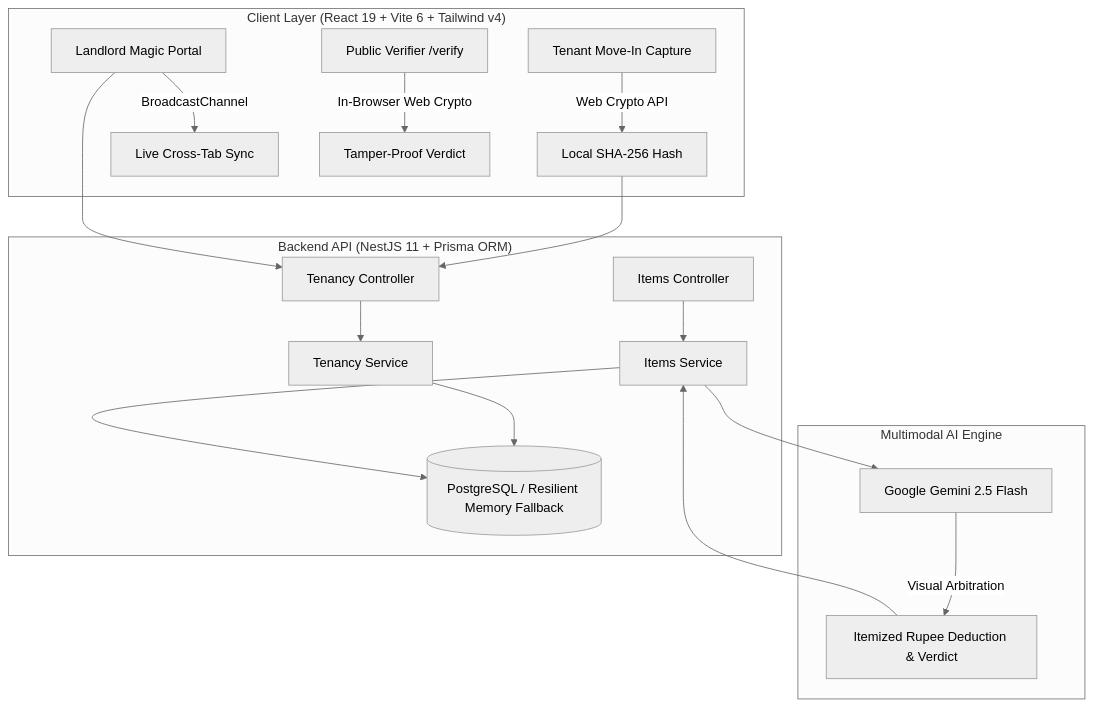
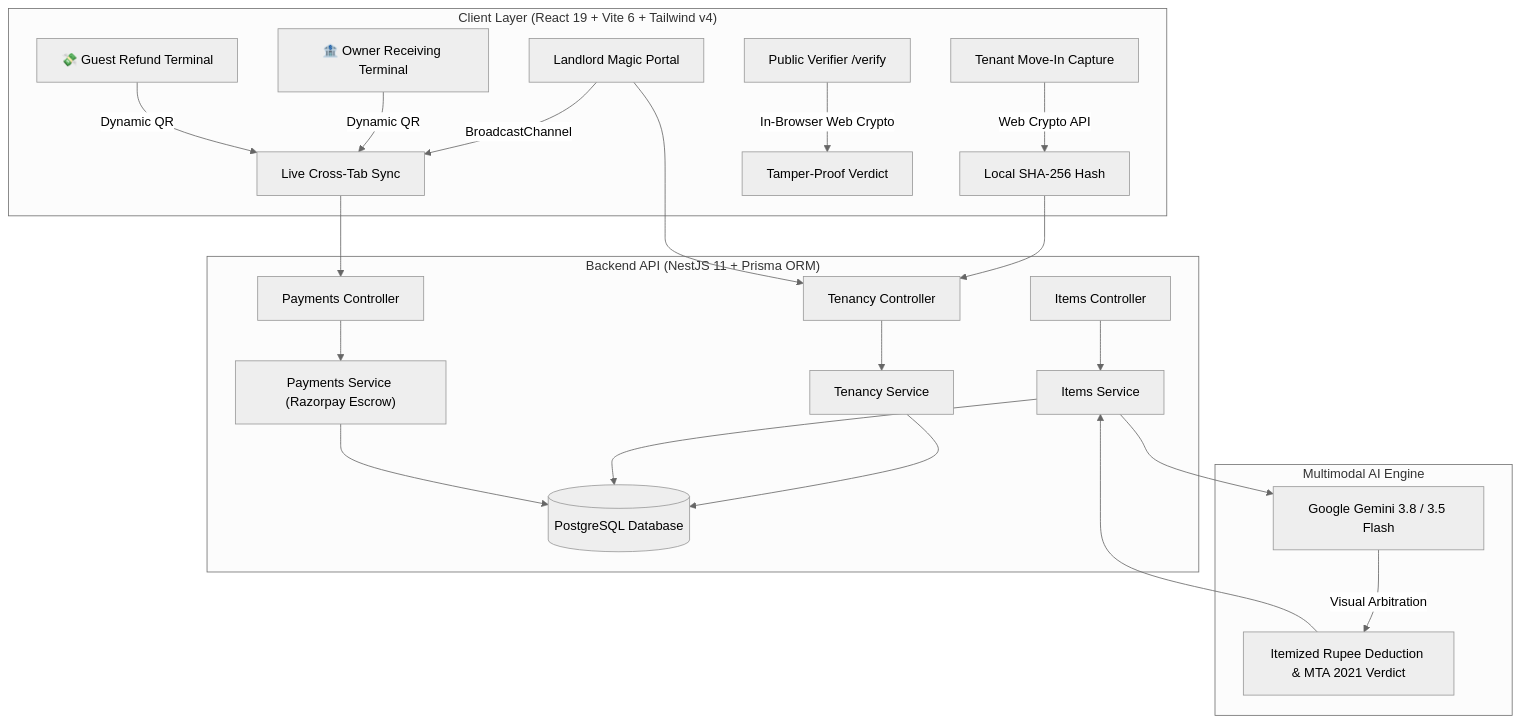
The second of 2 diagrams in README.md (priyam242/CODEFESTTHON-2026), drawn with Mermaid (neutral theme) before and after one commit. The commit also changed other lines of this file and 25 other files, not shown here.

Commit message:
feat: two-party payer/receiver handshake with dynamic QR terminals, gemini audio synthesis & 60fps demo engine

````diff
--- a/README.md
+++ b/README.md
@@ -27,23 +65,27 @@
 ```mermaid
 flowchart TD
     subgraph Client ["Client Layer (React 19 + Vite 6 + Tailwind v4)"]
-        A[Tenant Move-In Capture] -->|Web Crypto API| B[Local SHA-256 Hash]
-        C[Landlord Magic Portal] -->|BroadcastChannel| D[Live Cross-Tab Sync]
-        E[Public Verifier /verify] -->|In-Browser Web Crypto| F[Tamper-Proof Verdict]
+        A["Tenant Move-In Capture"] -->|Web Crypto API| B["Local SHA-256 Hash"]
+        C["Landlord Magic Portal"] -->|BroadcastChannel| D["Live Cross-Tab Sync"]
+        E["Public Verifier /verify"] -->|In-Browser Web Crypto| F["Tamper-Proof Verdict"]
+        T1["🏦 Owner Receiving Terminal"] -->|Dynamic QR| D
+        T2["💸 Guest Refund Terminal"] -->|Dynamic QR| D
     end
 
     subgraph Server ["Backend API (NestJS 11 + Prisma ORM)"]
-        G[Tenancy Controller] --> H[Tenancy Service]
-        I[Items Controller] --> J[Items Service]
-        H & J --> K[(PostgreSQL / Resilient Memory Fallback)]
+        G["Tenancy Controller"] --> H["Tenancy Service"]
+        I["Items Controller"] --> J["Items Service"]
+        P["Payments Controller"] --> PS["Payments Service (Razorpay Escrow)"]
+        H & J & PS --> K[("PostgreSQL Database")]
     end
 
     subgraph AI ["Multimodal AI Engine"]
-        L[Google Gemini 2.5 Flash] -->|Visual Arbitration| M[Itemized Rupee Deduction & Verdict]
+        L["Google Gemini 3.8 / 3.5 Flash"] -->|Visual Arbitration| M["Itemized Rupee Deduction & MTA 2021 Verdict"]
     end
 
     B --> G
     C --> G
     J --> L
     M --> J
+    D --> P
 ```
````
